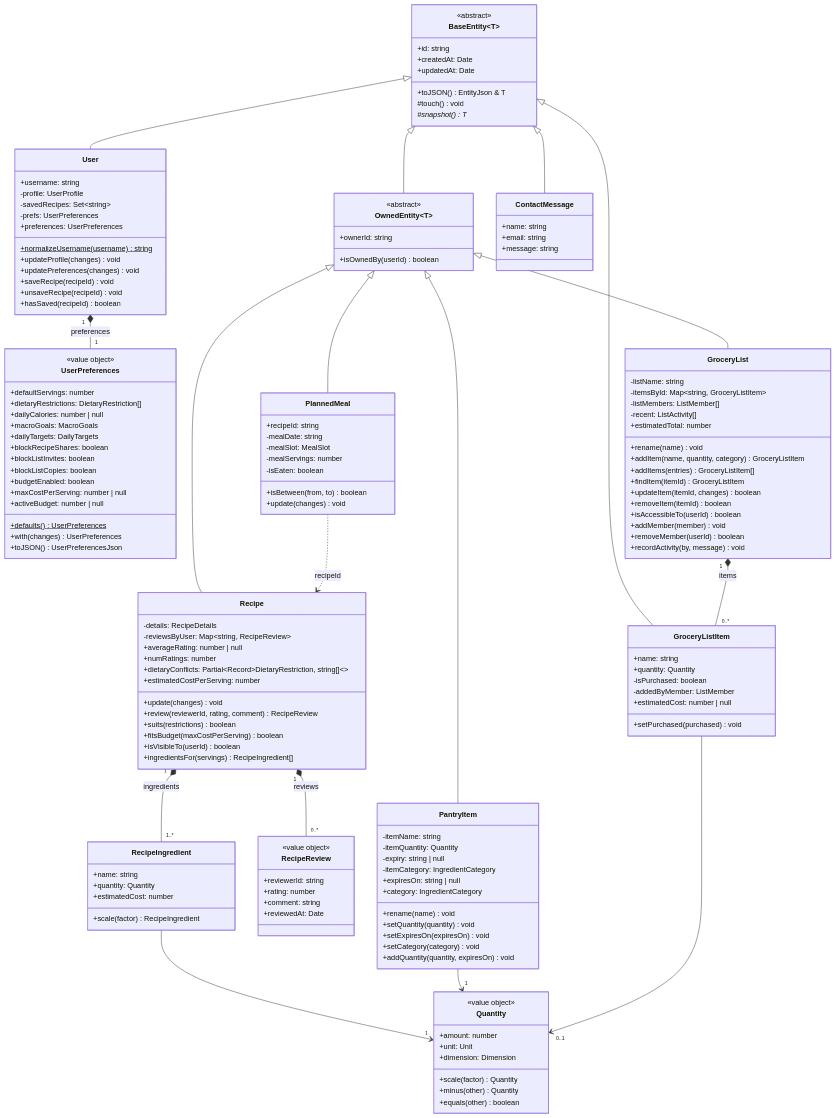
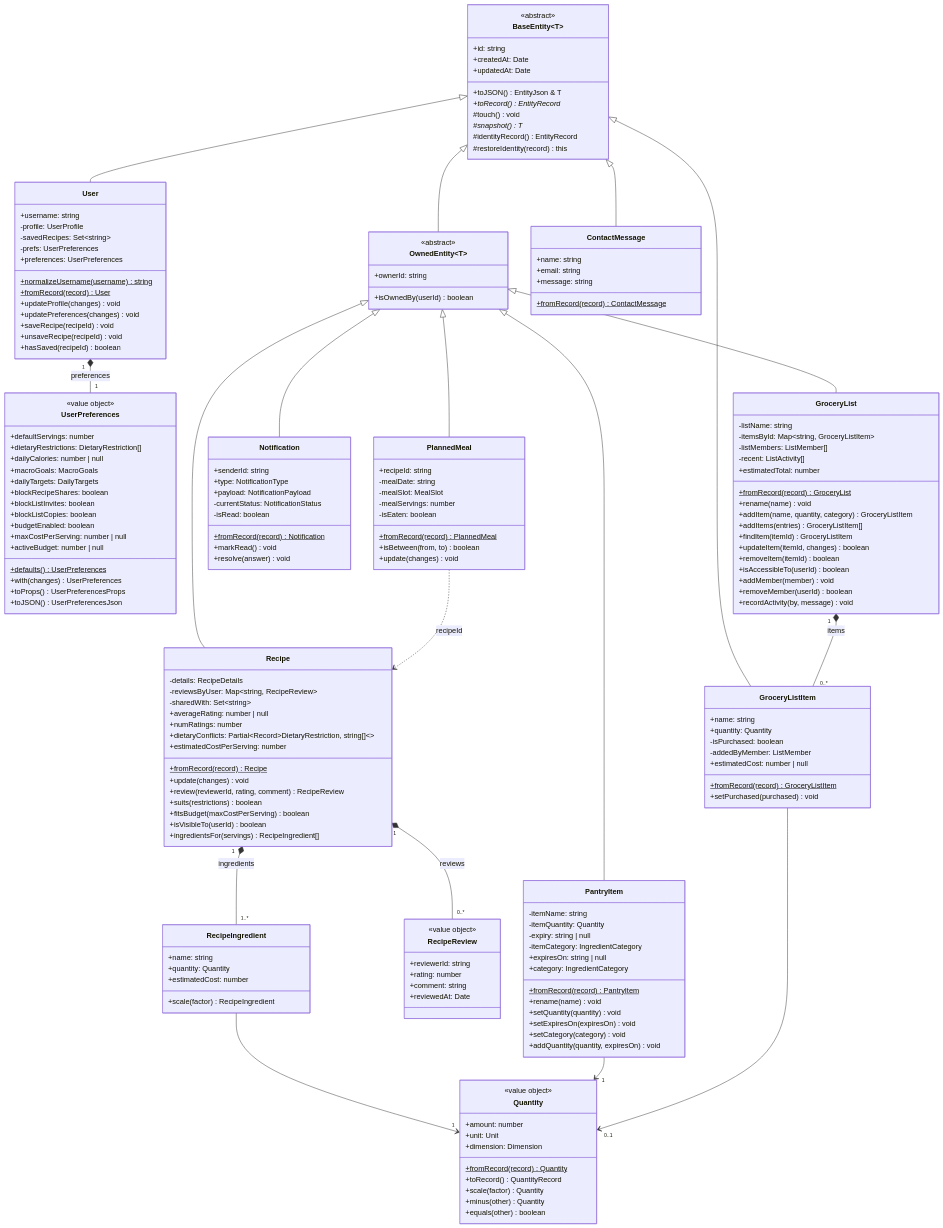
The second of 2 diagrams in docs/DESIGN.md (max1dyer/PlateUp), drawn with Mermaid before and after one commit. The commit also changed other lines of this file and 20 other files, not shown here.

```diff
--- a/docs/DESIGN.md
+++ b/docs/DESIGN.md
@@ -140,8 +141,11 @@
     +createdAt: Date
     +updatedAt: Date
     +toJSON() EntityJson & T
+    +toRecord()* EntityRecord
     #touch() void
     #snapshot()* T
+    #identityRecord() EntityRecord
+    #restoreIdentity(record) this
   }
   class OwnedEntity~T~ {
     <<abstract>>
@@ -155,6 +159,7 @@
     -prefs: UserPreferences
     +preferences: UserPreferences
     +normalizeUsername(username)$ string
+    +fromRecord(record)$ User
     +updateProfile(changes) void
     +updatePreferences(changes) void
     +saveRecipe(recipeId) void
@@ -164,6 +169,8 @@
   class Recipe {
     -details: RecipeDetails
     -reviewsByUser: Map~string, RecipeReview~
+    -sharedWith: Set~string~
+    +fromRecord(record)$ Recipe
     +averageRating: number | null
     +numRatings: number
     +update(changes) void
@@ -190,6 +197,7 @@
     +activeBudget: number | null
     +defaults()$ UserPreferences
     +with(changes) UserPreferences
+    +toProps() UserPreferencesProps
     +toJSON() UserPreferencesJson
   }
   class RecipeIngredient {
@@ -212,6 +220,7 @@
     -itemCategory: IngredientCategory
     +expiresOn: string | null
     +category: IngredientCategory
+    +fromRecord(record)$ PantryItem
     +rename(name) void
     +setQuantity(quantity) void
     +setExpiresOn(expiresOn) void
@@ -223,6 +232,7 @@
     -itemsById: Map~string, GroceryListItem~
     -listMembers: ListMember[]
     -recent: ListActivity[]
+    +fromRecord(record)$ GroceryList
     +rename(name) void
     +addItem(name, quantity, category) GroceryListItem
     +addItems(entries) GroceryListItem[]
@@ -241,12 +251,24 @@
     -isPurchased: boolean
     -addedByMember: ListMember
     +estimatedCost: number | null
+    +fromRecord(record)$ GroceryListItem
     +setPurchased(purchased) void
   }
   class ContactMessage {
     +name: string
     +email: string
     +message: string
+    +fromRecord(record)$ ContactMessage
+  }
+  class Notification {
+    +senderId: string
+    +type: NotificationType
+    +payload: NotificationPayload
+    -currentStatus: NotificationStatus
+    -isRead: boolean
+    +fromRecord(record)$ Notification
+    +markRead() void
+    +resolve(answer) void
   }
   class PlannedMeal {
     +recipeId: string
@@ -254,6 +276,7 @@
     -mealSlot: MealSlot
     -mealServings: number
     -isEaten: boolean
+    +fromRecord(record)$ PlannedMeal
     +isBetween(from, to) boolean
     +update(changes) void
   }
@@ -262,6 +285,8 @@
     +amount: number
     +unit: Unit
     +dimension: Dimension
+    +fromRecord(record)$ Quantity
+    +toRecord() QuantityRecord
     +scale(factor) Quantity
     +minus(other) Quantity
     +equals(other) boolean
@@ -275,6 +300,7 @@
   OwnedEntity <|-- PantryItem
   OwnedEntity <|-- GroceryList
   OwnedEntity <|-- PlannedMeal
+  OwnedEntity <|-- Notification
   User "1" *-- "1" UserPreferences : preferences
   Recipe "1" *-- "1..*" RecipeIngredient : ingredients
   Recipe "1" *-- "0..*" RecipeReview : reviews
```
